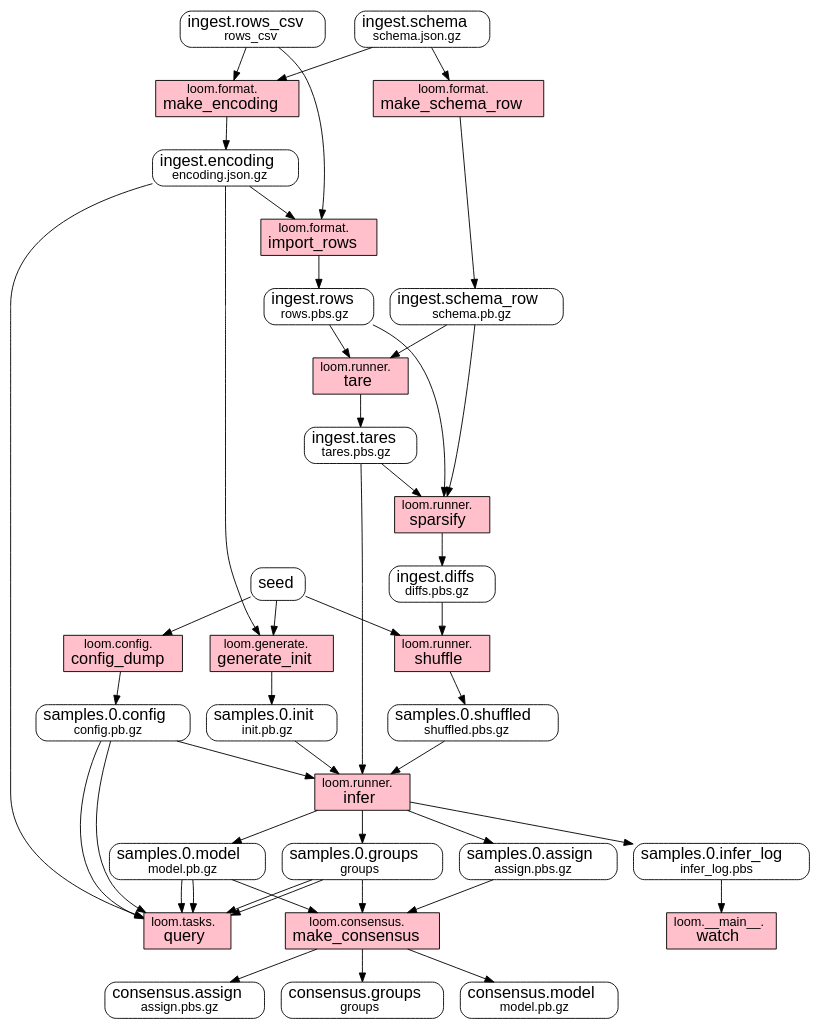
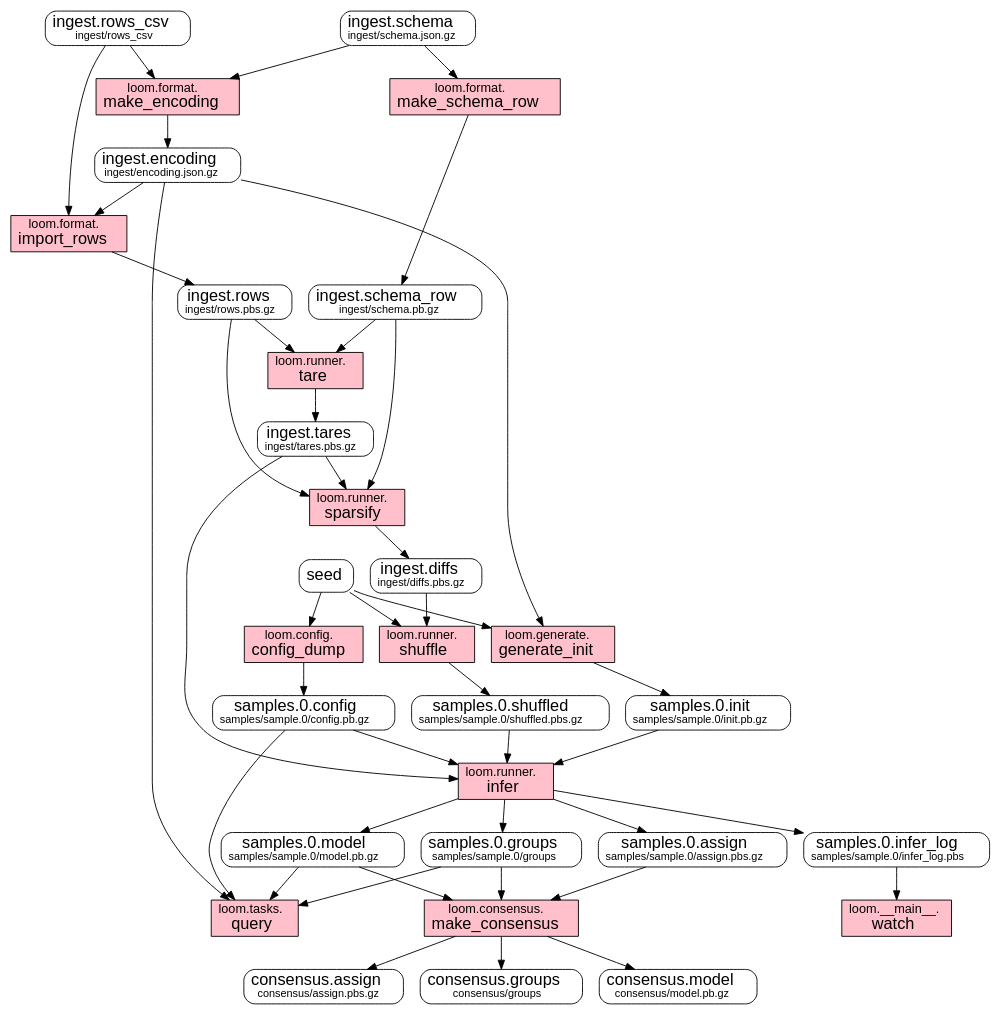
One commit to priorknowledge/loom changed the diagram in doc/dataflow.dot. Above: the diagram before and after it, drawn with Graphviz. The commit also changed 6 other files, not shown here.

```diff
--- a/doc/dataflow.dot
+++ b/doc/dataflow.dot
@@ -1,95 +1,92 @@
 // this file was generated by loom/documented.py
 digraph G {
   overlap=false;
   graph [fontname = "helvetica"];
   node [fontname = "helvetica"];
   edge [fontname = "helvetica"];
 
   // data
   {
     node [shape=Mrecord];
-    consensus_assign [label=<<FONT POINT-SIZE="18">consensus.assign</FONT><BR/>assign.pbs.gz>];
-    consensus_groups [label=<<FONT POINT-SIZE="18">consensus.groups</FONT><BR/>groups>];
-    consensus_model [label=<<FONT POINT-SIZE="18">consensus.model</FONT><BR/>model.pb.gz>];
-    ingest_diffs [label=<<FONT POINT-SIZE="18">ingest.diffs</FONT><BR/>diffs.pbs.gz>];
-    ingest_encoding [label=<<FONT POINT-SIZE="18">ingest.encoding</FONT><BR/>encoding.json.gz>];
-    ingest_rows [label=<<FONT POINT-SIZE="18">ingest.rows</FONT><BR/>rows.pbs.gz>];
-    ingest_rows_csv [label=<<FONT POINT-SIZE="18">ingest.rows_csv</FONT><BR/>rows_csv>];
-    ingest_schema [label=<<FONT POINT-SIZE="18">ingest.schema</FONT><BR/>schema.json.gz>];
-    ingest_schema_row [label=<<FONT POINT-SIZE="18">ingest.schema_row</FONT><BR/>schema.pb.gz>];
-    ingest_tares [label=<<FONT POINT-SIZE="18">ingest.tares</FONT><BR/>tares.pbs.gz>];
-    samples_0_assign [label=<<FONT POINT-SIZE="18">samples.0.assign</FONT><BR/>assign.pbs.gz>];
-    samples_0_config [label=<<FONT POINT-SIZE="18">samples.0.config</FONT><BR/>config.pb.gz>];
-    samples_0_groups [label=<<FONT POINT-SIZE="18">samples.0.groups</FONT><BR/>groups>];
-    samples_0_infer_log [label=<<FONT POINT-SIZE="18">samples.0.infer_log</FONT><BR/>infer_log.pbs>];
-    samples_0_init [label=<<FONT POINT-SIZE="18">samples.0.init</FONT><BR/>init.pb.gz>];
-    samples_0_model [label=<<FONT POINT-SIZE="18">samples.0.model</FONT><BR/>model.pb.gz>];
-    samples_0_shuffled [label=<<FONT POINT-SIZE="18">samples.0.shuffled</FONT><BR/>shuffled.pbs.gz>];
+    //node [shape=plaintext];
+    consensus_assign [label=<<FONT POINT-SIZE="18">consensus.assign</FONT><BR/><FONT POINT-SIZE="12">consensus/assign.pbs.gz</FONT>>];
+    consensus_groups [label=<<FONT POINT-SIZE="18">consensus.groups</FONT><BR/><FONT POINT-SIZE="12">consensus/groups</FONT>>];
+    consensus_model [label=<<FONT POINT-SIZE="18">consensus.model</FONT><BR/><FONT POINT-SIZE="12">consensus/model.pb.gz</FONT>>];
+    ingest_diffs [label=<<FONT POINT-SIZE="18">ingest.diffs</FONT><BR/><FONT POINT-SIZE="12">ingest/diffs.pbs.gz</FONT>>];
+    ingest_encoding [label=<<FONT POINT-SIZE="18">ingest.encoding</FONT><BR/><FONT POINT-SIZE="12">ingest/encoding.json.gz</FONT>>];
+    ingest_rows [label=<<FONT POINT-SIZE="18">ingest.rows</FONT><BR/><FONT POINT-SIZE="12">ingest/rows.pbs.gz</FONT>>];
+    ingest_rows_csv [label=<<FONT POINT-SIZE="18">ingest.rows_csv</FONT><BR/><FONT POINT-SIZE="12">ingest/rows_csv</FONT>>];
+    ingest_schema [label=<<FONT POINT-SIZE="18">ingest.schema</FONT><BR/><FONT POINT-SIZE="12">ingest/schema.json.gz</FONT>>];
+    ingest_schema_row [label=<<FONT POINT-SIZE="18">ingest.schema_row</FONT><BR/><FONT POINT-SIZE="12">ingest/schema.pb.gz</FONT>>];
+    ingest_tares [label=<<FONT POINT-SIZE="18">ingest.tares</FONT><BR/><FONT POINT-SIZE="12">ingest/tares.pbs.gz</FONT>>];
+    samples_0_assign [label=<<FONT POINT-SIZE="18">samples.0.assign</FONT><BR/><FONT POINT-SIZE="12">samples/sample.0/assign.pbs.gz</FONT>>];
+    samples_0_config [label=<<FONT POINT-SIZE="18">samples.0.config</FONT><BR/><FONT POINT-SIZE="12">samples/sample.0/config.pb.gz</FONT>>];
+    samples_0_groups [label=<<FONT POINT-SIZE="18">samples.0.groups</FONT><BR/><FONT POINT-SIZE="12">samples/sample.0/groups</FONT>>];
+    samples_0_infer_log [label=<<FONT POINT-SIZE="18">samples.0.infer_log</FONT><BR/><FONT POINT-SIZE="12">samples/sample.0/infer_log.pbs</FONT>>];
+    samples_0_init [label=<<FONT POINT-SIZE="18">samples.0.init</FONT><BR/><FONT POINT-SIZE="12">samples/sample.0/init.pb.gz</FONT>>];
+    samples_0_model [label=<<FONT POINT-SIZE="18">samples.0.model</FONT><BR/><FONT POINT-SIZE="12">samples/sample.0/model.pb.gz</FONT>>];
+    samples_0_shuffled [label=<<FONT POINT-SIZE="18">samples.0.shuffled</FONT><BR/><FONT POINT-SIZE="12">samples/sample.0/shuffled.pbs.gz</FONT>>];
     seed [label=<<FONT POINT-SIZE="18">seed</FONT>>];
   }
 
   // transforms
   {
     node [shape=box, style=filled];
 
     watch [label=<loom.__main__.<BR/><FONT POINT-SIZE="18">watch</FONT>>, fillcolor=pink];
     config_dump [label=<loom.config.<BR/><FONT POINT-SIZE="18">config_dump</FONT>>, fillcolor=pink];
     make_consensus [label=<loom.consensus.<BR/><FONT POINT-SIZE="18">make_consensus</FONT>>, fillcolor=pink];
     import_rows [label=<loom.format.<BR/><FONT POINT-SIZE="18">import_rows</FONT>>, fillcolor=pink];
     make_encoding [label=<loom.format.<BR/><FONT POINT-SIZE="18">make_encoding</FONT>>, fillcolor=pink];
     make_schema_row [label=<loom.format.<BR/><FONT POINT-SIZE="18">make_schema_row</FONT>>, fillcolor=pink];
     generate_init [label=<loom.generate.<BR/><FONT POINT-SIZE="18">generate_init</FONT>>, fillcolor=pink];
     infer [label=<loom.runner.<BR/><FONT POINT-SIZE="18">infer</FONT>>, fillcolor=pink];
-    query [label=<loom.runner.<BR/><FONT POINT-SIZE="18">query</FONT>>, fillcolor=pink];
     shuffle [label=<loom.runner.<BR/><FONT POINT-SIZE="18">shuffle</FONT>>, fillcolor=pink];
     sparsify [label=<loom.runner.<BR/><FONT POINT-SIZE="18">sparsify</FONT>>, fillcolor=pink];
     tare [label=<loom.runner.<BR/><FONT POINT-SIZE="18">tare</FONT>>, fillcolor=pink];
     query [label=<loom.tasks.<BR/><FONT POINT-SIZE="18">query</FONT>>, fillcolor=pink];
 
     samples_0_infer_log -> watch [weight=1.0];
     seed -> config_dump [weight=1.0];
     config_dump -> samples_0_config [weight=1.0];
     samples_0_model -> make_consensus [weight=1.0];
     samples_0_groups -> make_consensus [weight=1.0];
     samples_0_assign -> make_consensus [weight=1.0];
     make_consensus -> consensus_model [weight=1.0];
     make_consensus -> consensus_groups [weight=1.0];
     make_consensus -> consensus_assign [weight=1.0];
     ingest_encoding -> import_rows [weight=1.0];
     ingest_rows_csv -> import_rows [weight=1.0];
     import_rows -> ingest_rows [weight=1.0];
     ingest_schema -> make_encoding [weight=1.0];
     ingest_rows_csv -> make_encoding [weight=1.0];
     make_encoding -> ingest_encoding [weight=1.0];
     ingest_schema -> make_schema_row [weight=1.0];
     make_schema_row -> ingest_schema_row [weight=1.0];
     ingest_encoding -> generate_init [weight=1.0];
     seed -> generate_init [weight=1.0];
     generate_init -> samples_0_init [weight=1.0];
     samples_0_config -> infer [weight=1.0];
     samples_0_shuffled -> infer [weight=1.0];
     ingest_tares -> infer [weight=1.0];
     samples_0_init -> infer [weight=1.0];
     infer -> samples_0_model [weight=1.0];
     infer -> samples_0_groups [weight=1.0];
     infer -> samples_0_assign [weight=1.0];
     infer -> samples_0_infer_log [weight=1.0];
-    samples_0_config -> query [weight=1.0];
-    samples_0_model -> query [weight=1.0];
-    samples_0_groups -> query [weight=1.0];
     ingest_diffs -> shuffle [weight=1.0];
     seed -> shuffle [weight=1.0];
     shuffle -> samples_0_shuffled [weight=1.0];
     ingest_schema_row -> sparsify [weight=1.0];
     ingest_tares -> sparsify [weight=1.0];
     ingest_rows -> sparsify [weight=1.0];
     sparsify -> ingest_diffs [weight=1.0];
     ingest_schema_row -> tare [weight=1.0];
     ingest_rows -> tare [weight=1.0];
     tare -> ingest_tares [weight=1.0];
     ingest_encoding -> query [weight=1.0];
     samples_0_config -> query [weight=1.0];
     samples_0_model -> query [weight=1.0];
     samples_0_groups -> query [weight=1.0];
   }
 }
```
